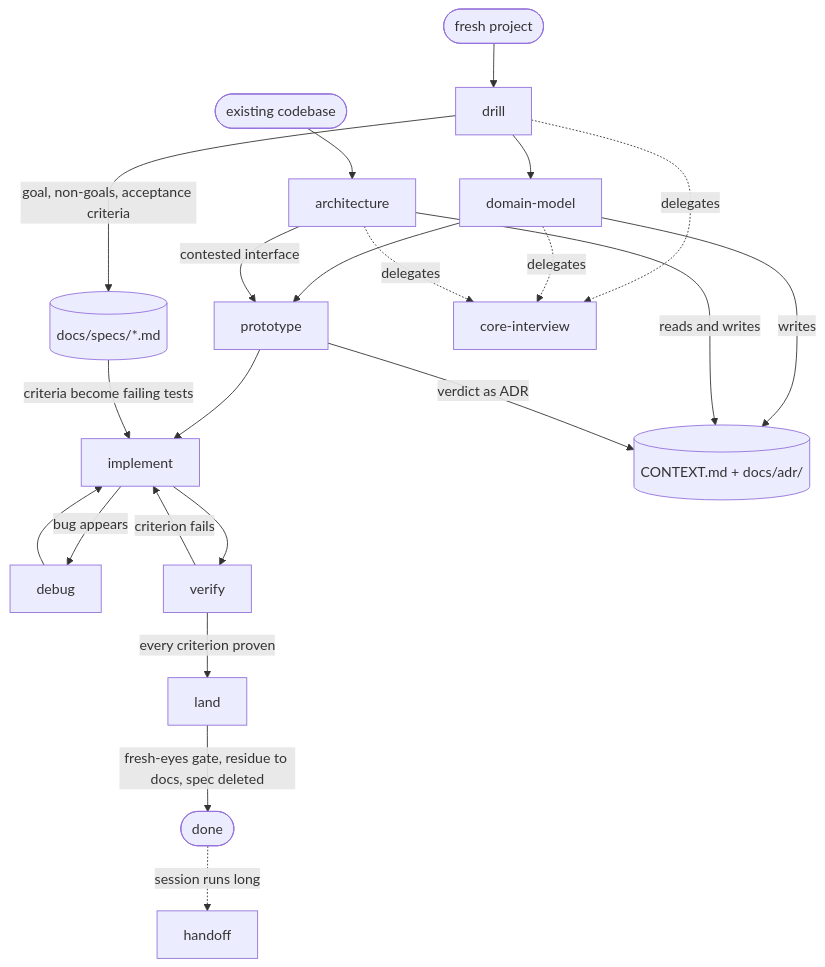
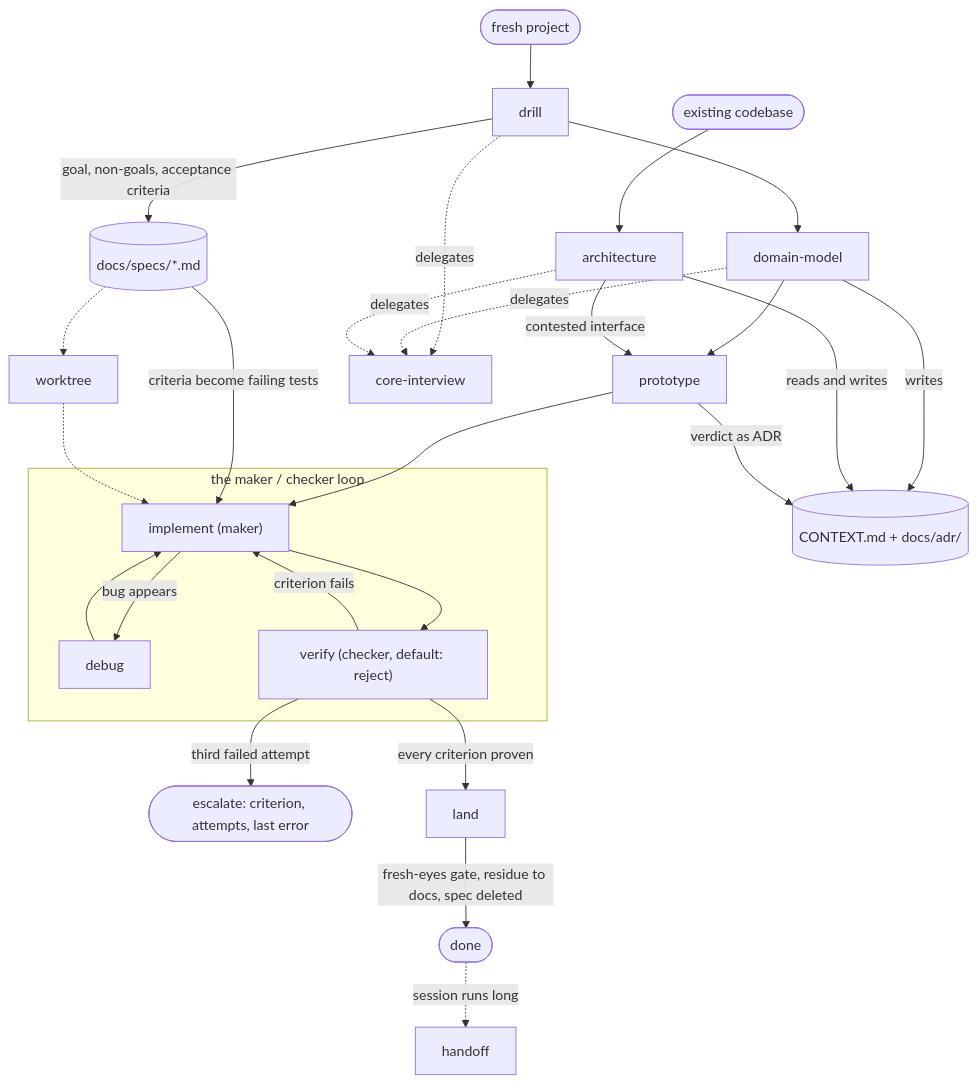
Before and after one commit to gitshrl/skills: the diagram in README.md, drawn with Mermaid. The commit also changed other lines of this file and 3 other files, not shown here.

Commit message:
adopt loop principles: reject-by-default verifier, attempt cap, loop anatomy diagram

````diff
--- a/README.md
+++ b/README.md
@@ -36,30 +45,35 @@
 ```mermaid
 flowchart TD
     fresh([fresh project]) --> drill
     existing([existing codebase]) --> architecture
 
     drill --> dm[domain-model]
     dm --> proto[prototype]
     proto --> impl[implement]
     architecture -- contested interface --> proto
 
     drill -- goal, non-goals, acceptance criteria --> spec[("docs/specs/*.md")]
     spec -- criteria become failing tests --> impl
+    spec -.-> wt[worktree] -.-> impl
 
-    impl -- bug appears --> debug
-    debug --> impl
-    impl --> verify
-    verify -- criterion fails --> impl
+    subgraph loop["the maker / checker loop"]
+        impl["implement (maker)"] -- bug appears --> debug
+        debug --> impl
+        impl --> verify["verify (checker, default: reject)"]
+        verify -- criterion fails --> impl
+    end
+
+    verify -- third failed attempt --> human(["escalate: criterion, attempts, last error"])
     verify -- every criterion proven --> land[land]
     land -- fresh-eyes gate, residue to docs, spec deleted --> done([done])
 
     drill -. delegates .-> ci[core-interview]
     dm -. delegates .-> ci
     architecture -. delegates .-> ci
 
     dm -- writes --> docs[("CONTEXT.md + docs/adr/")]
     architecture -- reads and writes --> docs
     proto -- verdict as ADR --> docs
 
     done -. session runs long .-> handoff[handoff]
 ```
````
